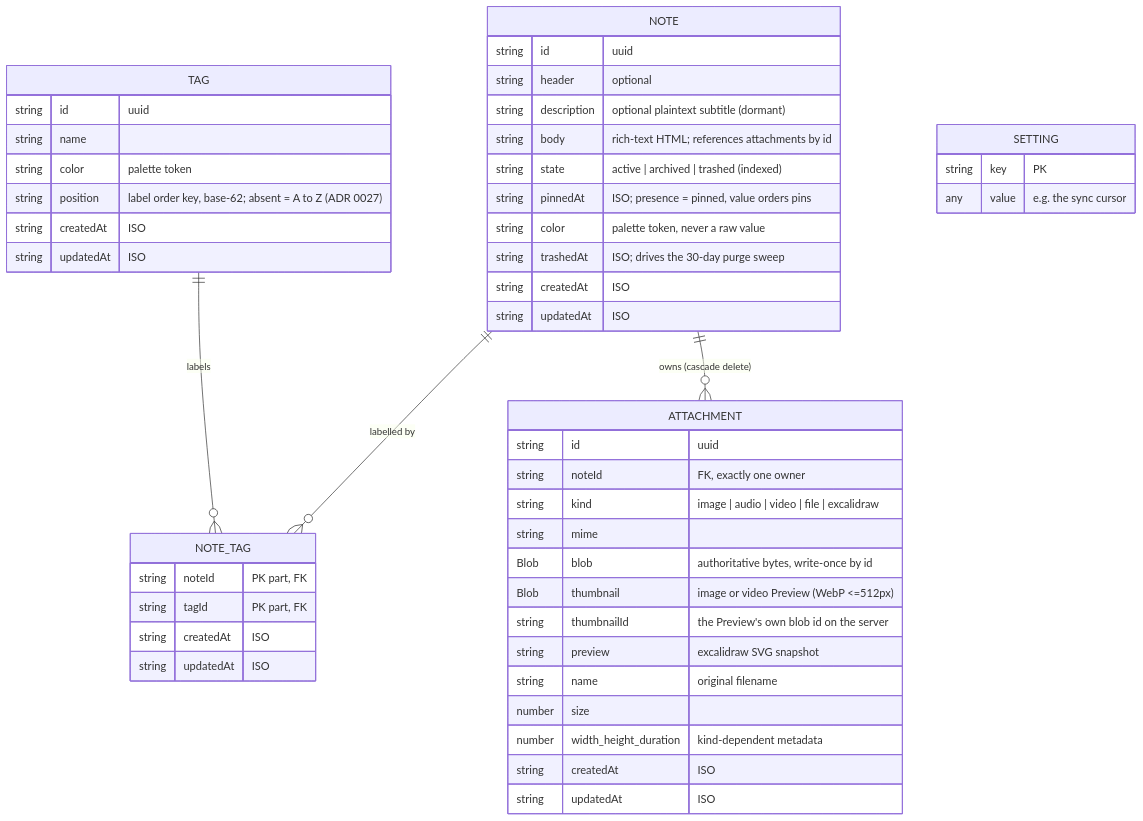
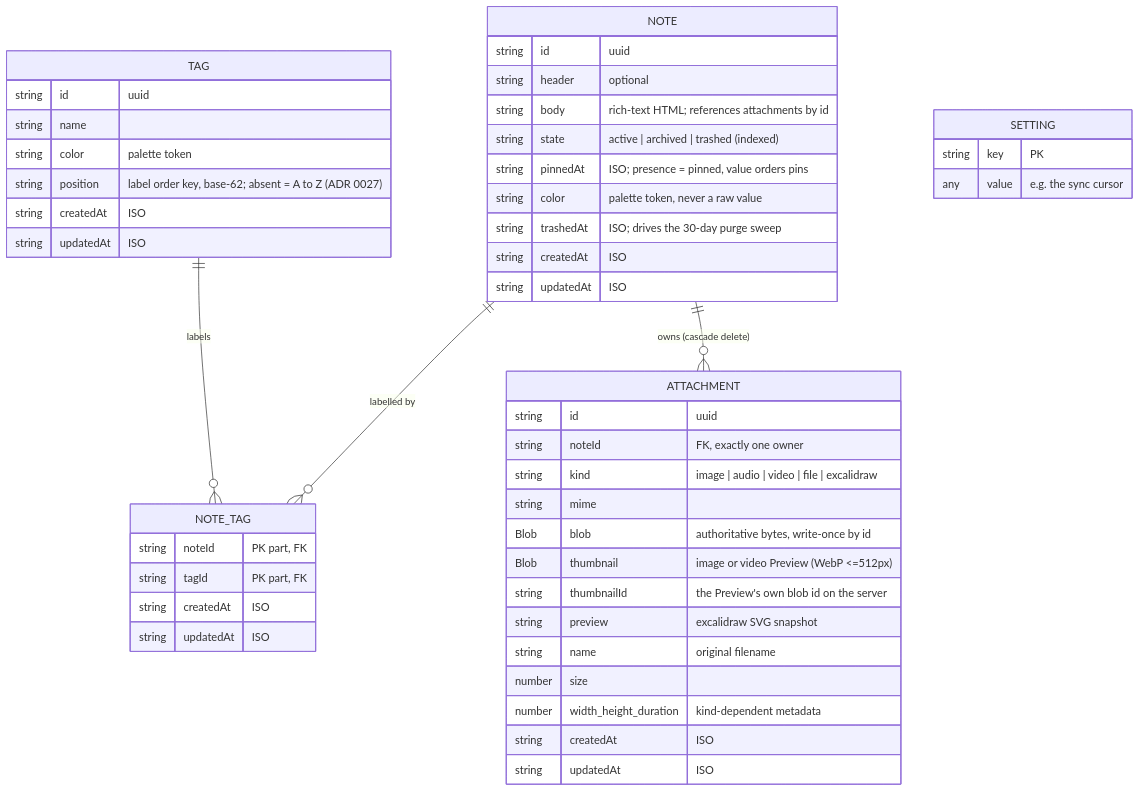
The diagram in docs/architecture/03-database.md (soukupj00/your-notes-fe), drawn with Mermaid before and after one commit. The commit also changed 18 other files, not shown here.

````diff
--- a/docs/architecture/03-database.md
+++ b/docs/architecture/03-database.md
@@ -13,51 +13,50 @@
 ```mermaid
 erDiagram
     NOTE ||--o{ NOTE_TAG : "labelled by"
     TAG ||--o{ NOTE_TAG : "labels"
     NOTE ||--o{ ATTACHMENT : "owns (cascade delete)"
     NOTE {
         string id "uuid"
         string header "optional"
-        string description "optional plaintext subtitle (dormant)"
         string body "rich-text HTML; references attachments by id"
         string state "active | archived | trashed (indexed)"
         string pinnedAt "ISO; presence = pinned, value orders pins"
         string color "palette token, never a raw value"
         string trashedAt "ISO; drives the 30-day purge sweep"
         string createdAt "ISO"
         string updatedAt "ISO"
     }
     TAG {
         string id "uuid"
         string name
         string color "palette token"
         string position "label order key, base-62; absent = A to Z (ADR 0027)"
         string createdAt "ISO"
         string updatedAt "ISO"
     }
     NOTE_TAG {
         string noteId "PK part, FK"
         string tagId "PK part, FK"
         string createdAt "ISO"
         string updatedAt "ISO"
     }
     ATTACHMENT {
         string id "uuid"
         string noteId "FK, exactly one owner"
         string kind "image | audio | video | file | excalidraw"
         string mime
         Blob blob "authoritative bytes, write-once by id"
         Blob thumbnail "image or video Preview (WebP <=512px)"
         string thumbnailId "the Preview's own blob id on the server"
         string preview "excalidraw SVG snapshot"
         string name "original filename"
         number size
         number width_height_duration "kind-dependent metadata"
         string createdAt "ISO"
         string updatedAt "ISO"
     }
     SETTING {
         string key "PK"
         any value "e.g. the sync cursor"
     }
 ```
````
